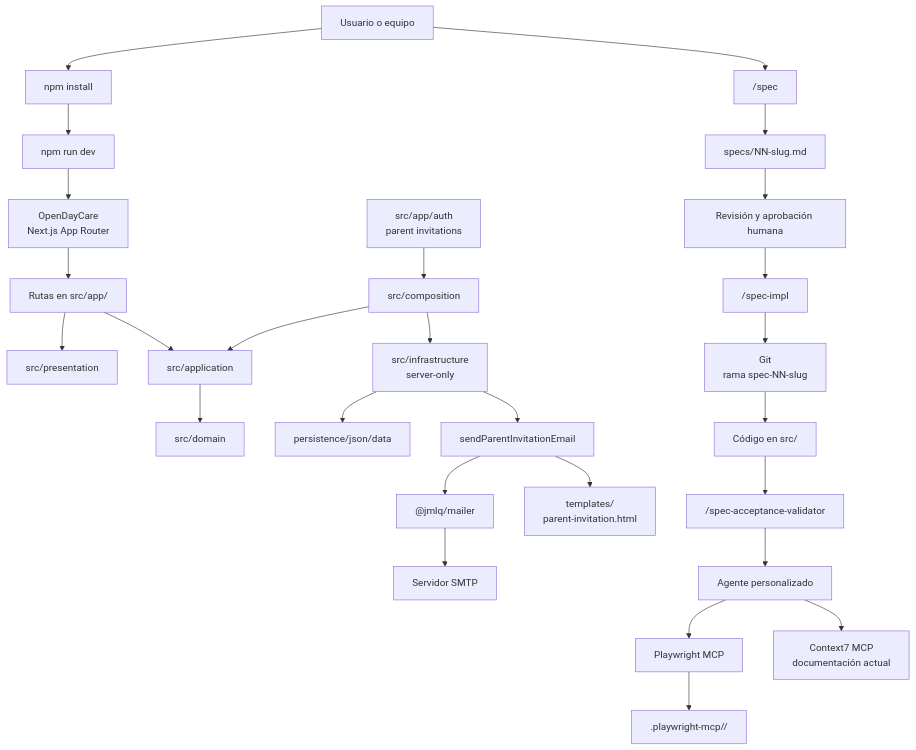
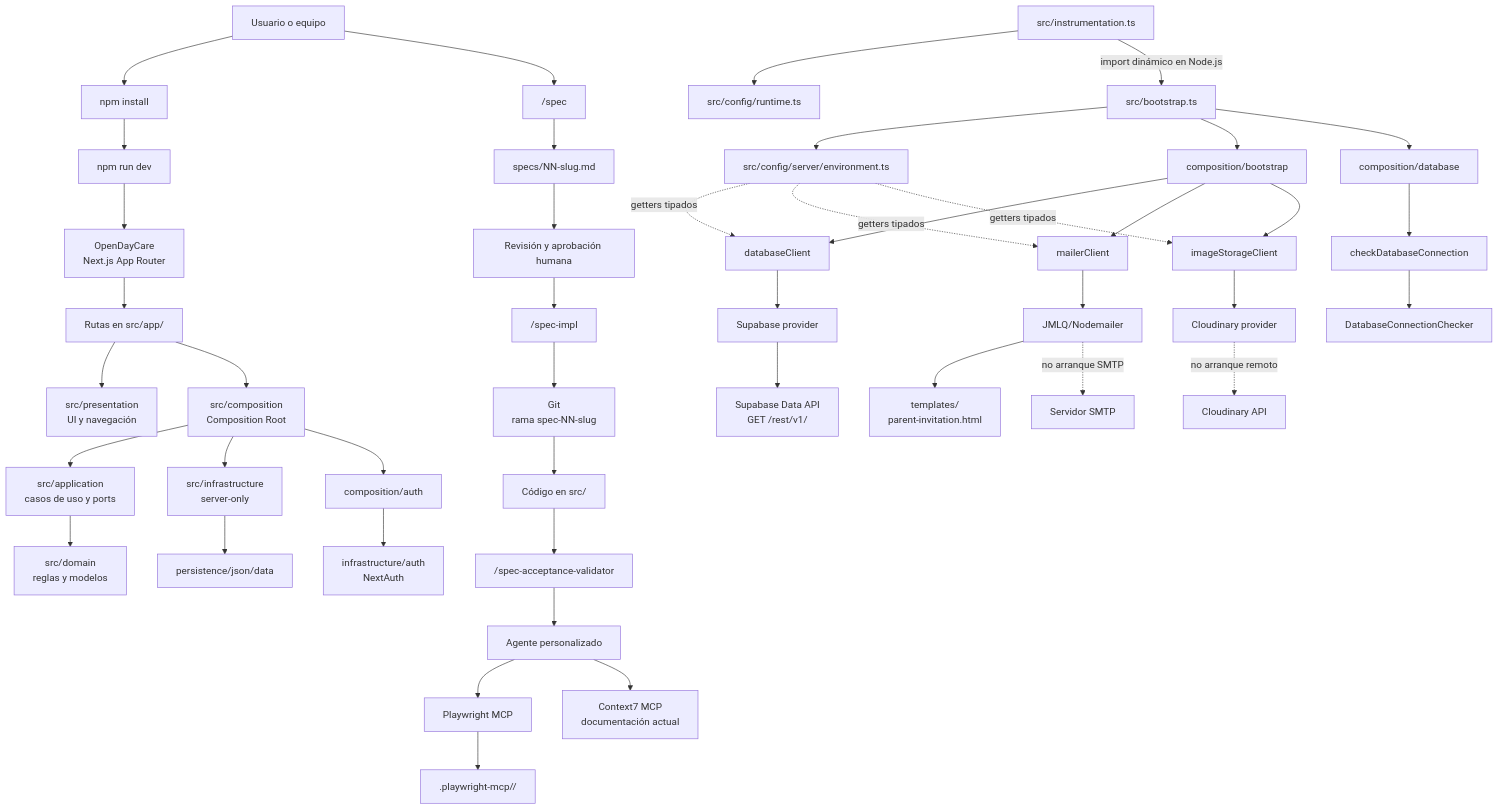
Before and after one commit to MLahuasi/opencode-daycare: the first of 2 diagrams in README.md, drawn with Mermaid. The commit also changed other lines of this file and 3 other files, not shown here.

Commit message:
Open-Day-Care - spec-27-supabase-server-client - 17. Actualizar README.md, architecture.md y AGENT.md.

````diff
--- a/README.md
+++ b/README.md
@@ -214,31 +255,49 @@
 ```mermaid
 flowchart TD
     U[Usuario o equipo] --> I[npm install]
     I --> R[npm run dev]
     R --> APP["OpenDayCare<br/>Next.js App Router"]
 
     APP --> ROUTES["Rutas en src/app/"]
-    ROUTES --> PRESENTATION["src/presentation"]
-    ROUTES --> APPLICATION["src/application"]
-    APPLICATION --> DOMAIN["src/domain"]
-    COMPOSITION["src/composition"] --> APPLICATION
+    ROUTES --> PRESENTATION["src/presentation<br/>UI y navegación"]
+    ROUTES --> COMPOSITION["src/composition<br/>Composition Root"]
+    COMPOSITION --> APPLICATION["src/application<br/>casos de uso y ports"]
+    APPLICATION --> DOMAIN["src/domain<br/>reglas y modelos"]
     COMPOSITION --> INFRA["src/infrastructure<br/>server-only"]
     INFRA --> JSON["persistence/json/data"]
-    INFRA --> MAILER["sendParentInvitationEmail"]
-    MAILER --> PACKAGE["@jmlq/mailer"]
-    MAILER --> TEMPLATE["templates/<br/>parent-invitation.html"]
-    PACKAGE --> SMTP["Servidor SMTP"]
-    AUTH["src/app/auth<br/>parent invitations"] --> COMPOSITION
+    COMPOSITION --> AUTH["composition/auth"]
+    AUTH --> NEXTAUTH["infrastructure/auth<br/>NextAuth"]
+
+    INSTRUMENTATION["src/instrumentation.ts"] --> RUNTIME["src/config/runtime.ts"]
+    INSTRUMENTATION -->|import dinámico en Node.js| BOOTSTRAP["src/bootstrap.ts"]
+    BOOTSTRAP --> ENV["src/config/server/environment.ts"]
+    BOOTSTRAP --> BOOT_COMPOSITION["composition/bootstrap"]
+    BOOTSTRAP --> DB_COMPOSITION["composition/database"]
+    BOOT_COMPOSITION --> DB["databaseClient"]
+    BOOT_COMPOSITION --> MAILER["mailerClient"]
+    BOOT_COMPOSITION --> IMAGE["imageStorageClient"]
+    DB_COMPOSITION --> CHECK["checkDatabaseConnection"]
+    CHECK --> DB_PORT["DatabaseConnectionChecker"]
+    DB --> SUPABASE_PROVIDER["Supabase provider"]
+    SUPABASE_PROVIDER --> SUPABASE["Supabase Data API<br/>GET /rest/v1/"]
+    MAILER --> JMLQ["JMLQ/Nodemailer"]
+    JMLQ --> TEMPLATE["templates/<br/>parent-invitation.html"]
+    JMLQ -. no arranque SMTP .-> SMTP["Servidor SMTP"]
+    IMAGE --> CLOUDINARY["Cloudinary provider"]
+    CLOUDINARY -. no arranque remoto .-> CLOUDINARY_API["Cloudinary API"]
+    ENV -. getters tipados .-> DB
+    ENV -. getters tipados .-> MAILER
+    ENV -. getters tipados .-> IMAGE
 
     U --> SPEC["/spec"]
     SPEC --> FILE["specs/NN-slug.md"]
     FILE --> HUMAN["Revisión y aprobación humana"]
     HUMAN --> IMPL["/spec-impl"]
     IMPL --> GIT["Git<br/>rama spec-NN-slug"]
     GIT --> CODE["Código en src/"]
     CODE --> VALIDATE["/spec-acceptance-validator"]
     VALIDATE --> AGENT[Agente personalizado]
     AGENT --> PW[Playwright MCP]
     PW --> ART[".playwright-mcp/<Feature>/"]
     AGENT --> C7["Context7 MCP<br/>documentación actual"]
 ```
````
